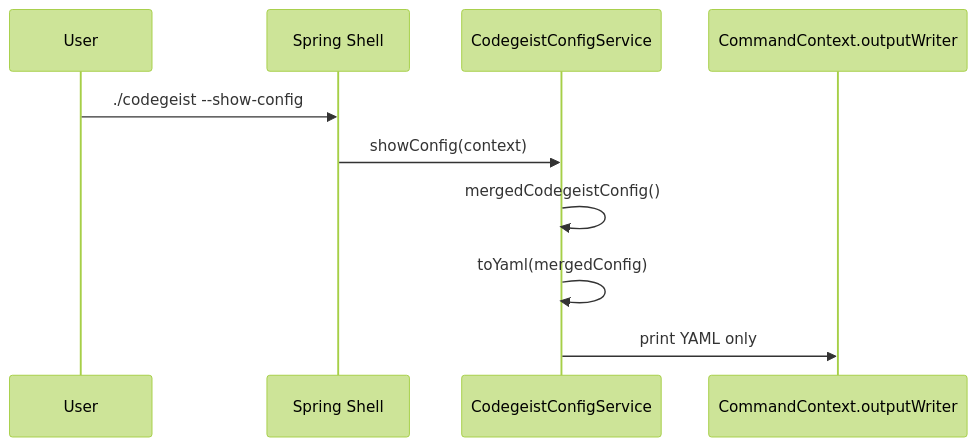
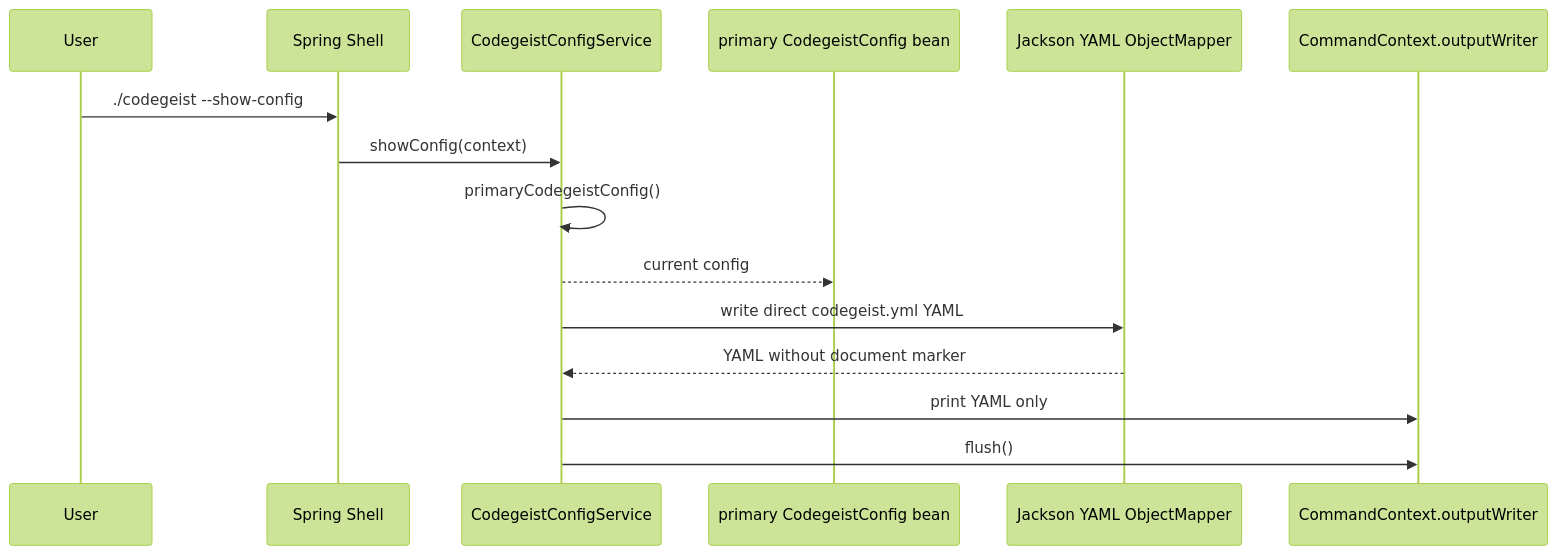
The third of 3 diagrams in docs/developer/architecture/provider-configuration.md (codegeist-ai/codegeist), drawn with Mermaid (forest theme) before and after one commit. The commit also changed other lines of this file and 26 other files, not shown here.

First line of the commit message:
feat(config): add typed provider YAML loading

````diff
--- a/docs/developer/architecture/provider-configuration.md
+++ b/docs/developer/architecture/provider-configuration.md
@@ -235,13 +197,18 @@
 ```mermaid
 sequenceDiagram
     participant User as User
     participant Shell as Spring Shell
     participant Service as CodegeistConfigService
-    participant Out as CommandContext.outputWriter
+    participant Config as primary CodegeistConfig bean
+    participant Mapper as Jackson YAML ObjectMapper
+    participant Writer as CommandContext.outputWriter
 
     User->>Shell: ./codegeist --show-config
     Shell->>Service: showConfig(context)
-    Service->>Service: mergedCodegeistConfig()
-    Service->>Service: toYaml(mergedConfig)
-    Service->>Out: print YAML only
+    Service->>Service: primaryCodegeistConfig()
+    Service-->>Config: current config
+    Service->>Mapper: write direct codegeist.yml YAML
+    Mapper-->>Service: YAML without document marker
+    Service->>Writer: print YAML only
+    Service->>Writer: flush()
 ```
````
